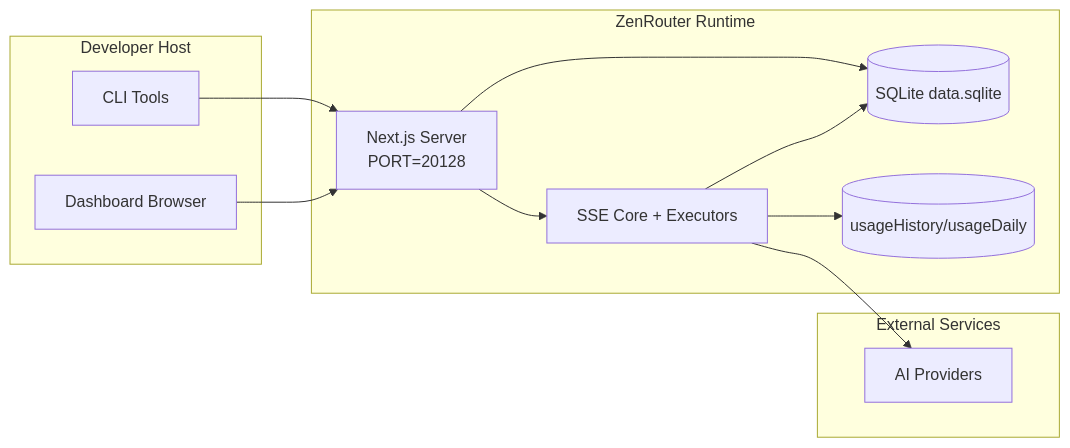
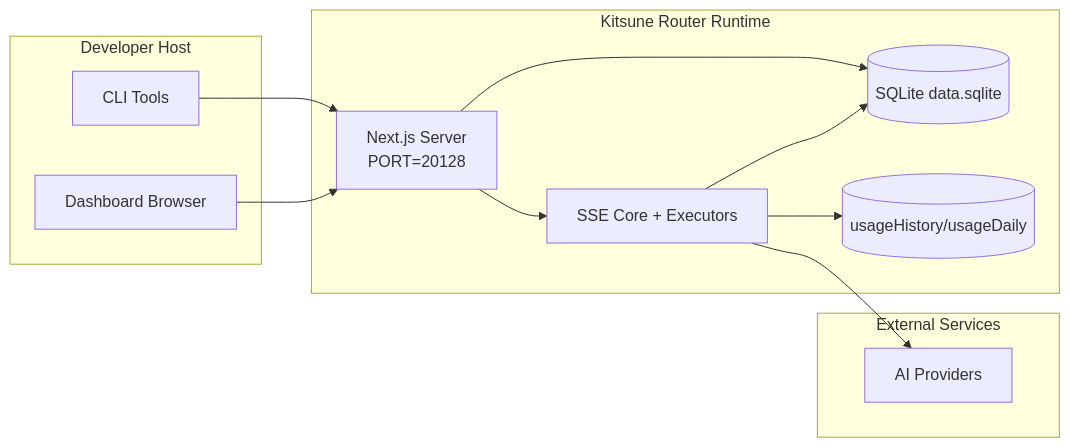
Before and after one commit to ByKitsune/kitsune-router: the sixth of 6 diagrams in docs/ARCHITECTURE.md, drawn with Mermaid. The commit also changed other lines of this file and 628 other files, not shown here.

Commit message:
feat!: rebrand gateway as Kitsune Router with safe state migration

````diff
--- a/docs/ARCHITECTURE.md
+++ b/docs/ARCHITECTURE.md
@@ -450,26 +460,26 @@
 ```mermaid
 flowchart LR
     subgraph LocalHost[Developer Host]
         CLI[CLI Tools]
         Browser[Dashboard Browser]
     end
 
-    subgraph ContainerOrProcess[ZenRouter Runtime]
+    subgraph ContainerOrProcess[Kitsune Router Runtime]
         Next[Next.js Server\nPORT=20128]
         Core[SSE Core + Executors]
         MainDB[(SQLite data.sqlite)]
         UsageDB[(usageHistory/usageDaily)]
     end
 
     subgraph External[External Services]
         Providers[AI Providers]
     end
 
     CLI --> Next
     Browser --> Next
     Next --> Core
     Next --> MainDB
     Core --> MainDB
     Core --> UsageDB
     Core --> Providers
 ```
````
